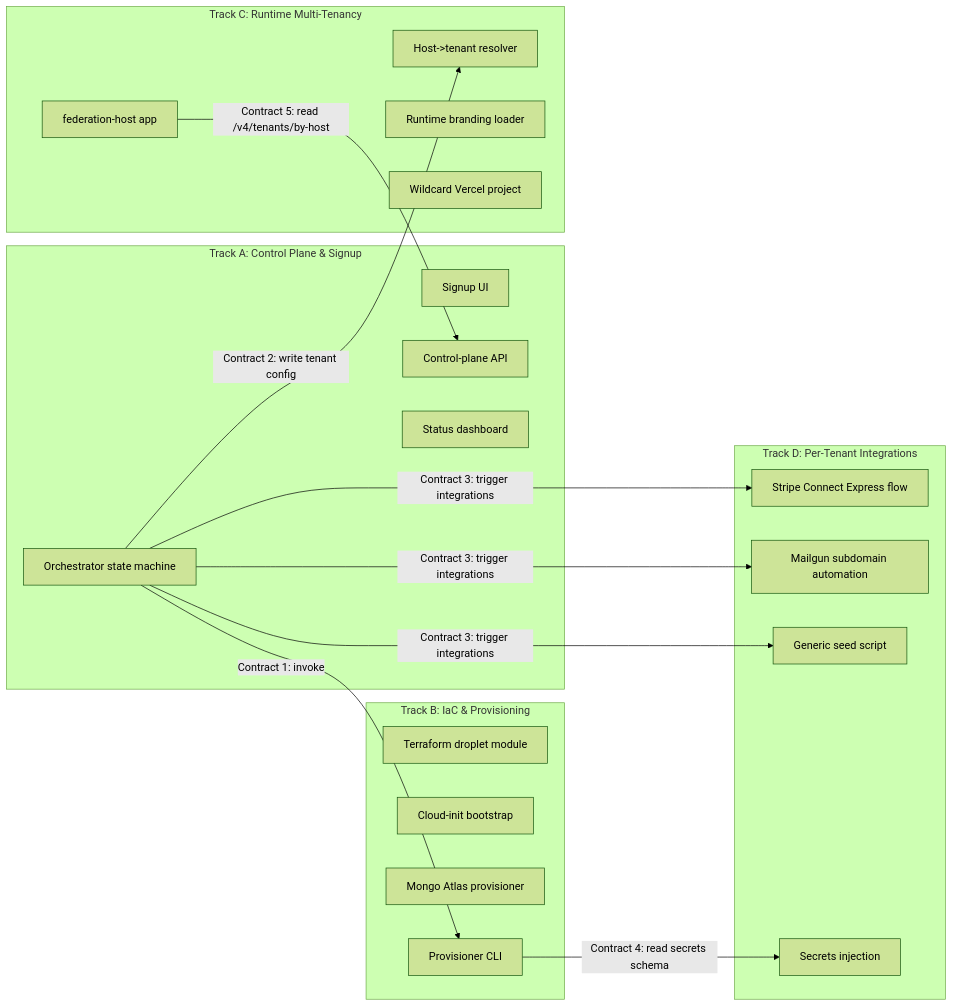
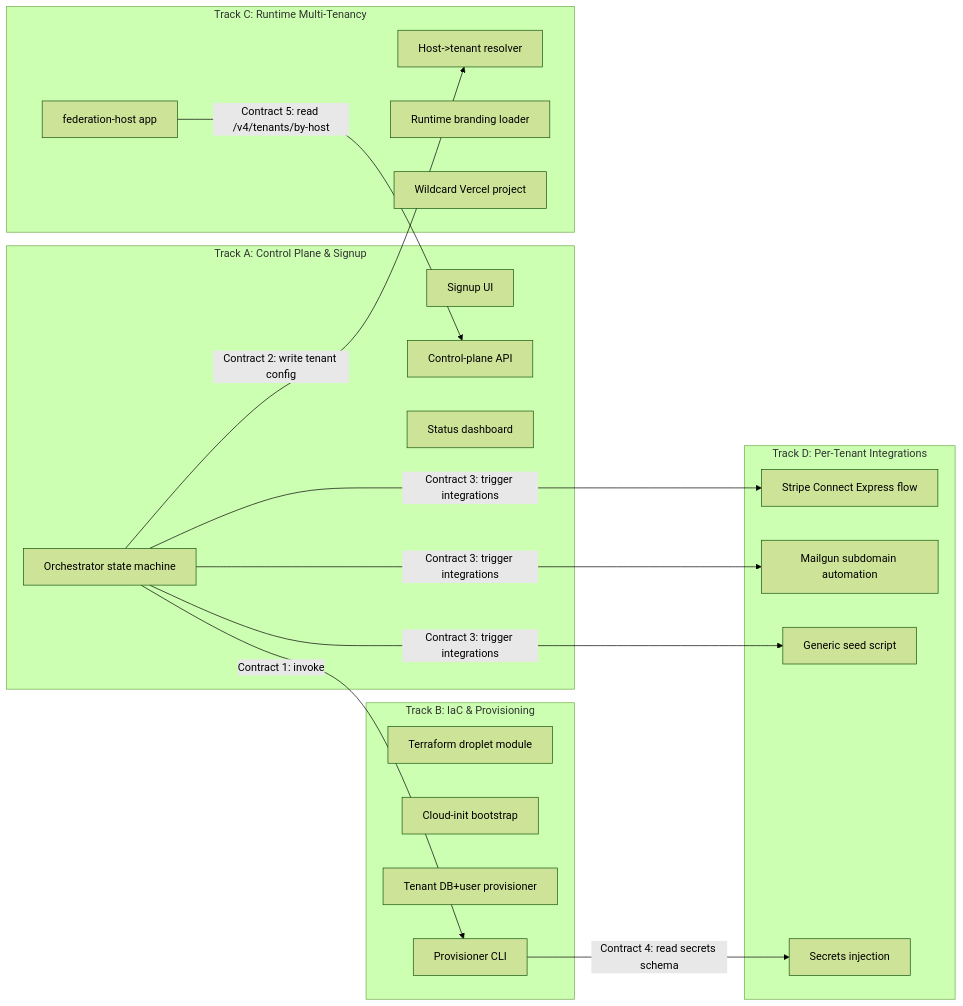
The second of 2 diagrams in docs/plans/2026-05-16-001-feat-one-click-community-deployments-plan.md (closerdao/closer-ui), drawn with Mermaid (forest theme) before and after one commit. The commit also changed other lines of this file, not shown here.

First line of the commit message:
docs: correct Mongo topology - shared server with per-tenant DBs, not Atlas

````diff
--- a/docs/plans/2026-05-16-001-feat-one-click-community-deployments-plan.md
+++ b/docs/plans/2026-05-16-001-feat-one-click-community-deployments-plan.md
@@ -173,34 +177,34 @@
 ```mermaid
 graph LR
     subgraph "Track A: Control Plane & Signup"
         A1[Signup UI]
         A2[Control-plane API]
         A3[Orchestrator state machine]
         A4[Status dashboard]
     end
     subgraph "Track B: IaC & Provisioning"
         B1[Terraform droplet module]
         B2[Cloud-init bootstrap]
-        B3[Mongo Atlas provisioner]
+        B3[Tenant DB+user provisioner]
         B4[Provisioner CLI]
     end
     subgraph "Track C: Runtime Multi-Tenancy"
         C1[federation-host app]
         C2[Host->tenant resolver]
         C3[Runtime branding loader]
         C4[Wildcard Vercel project]
     end
     subgraph "Track D: Per-Tenant Integrations"
         D1[Stripe Connect Express flow]
         D2[Mailgun subdomain automation]
         D3[Generic seed script]
         D4[Secrets injection]
     end
     A3 -->|Contract 1: invoke| B4
     A3 -->|Contract 2: write tenant config| C2
     A3 -->|Contract 3: trigger integrations| D1
     A3 -->|Contract 3: trigger integrations| D2
     A3 -->|Contract 3: trigger integrations| D3
     B4 -->|Contract 4: read secrets schema| D4
     C1 -->|Contract 5: read /v4/tenants/by-host| A2
 ```
````
